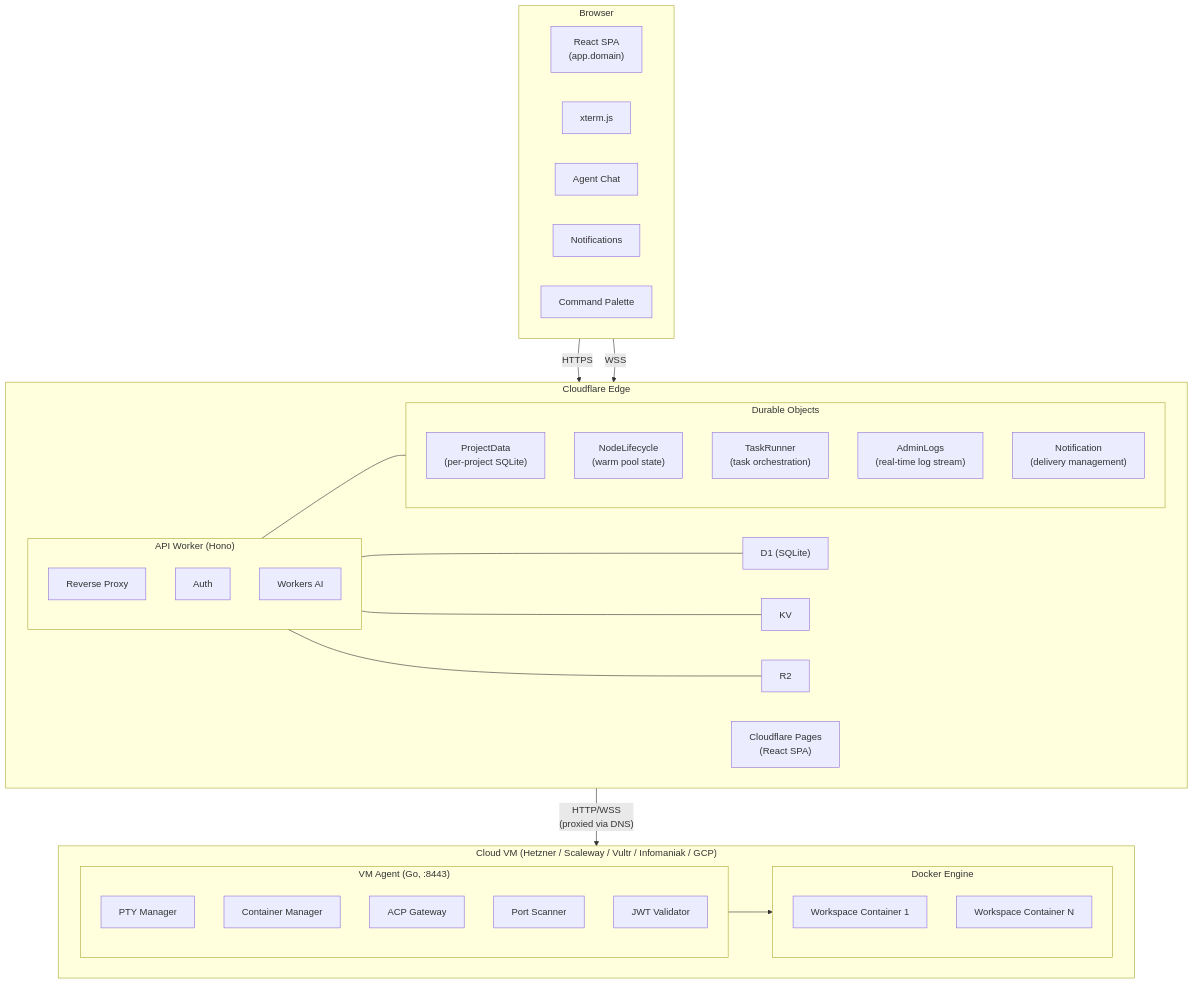
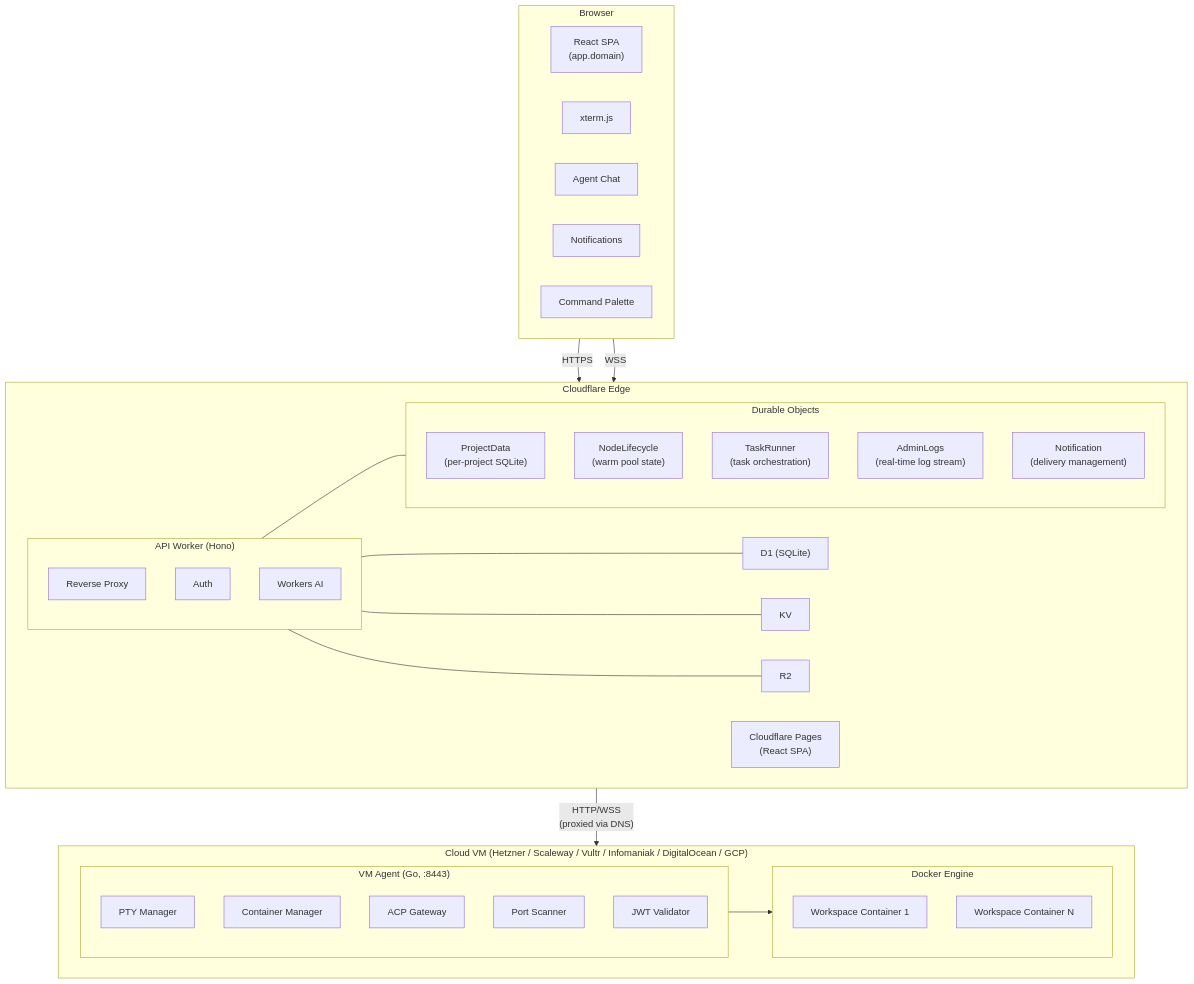
The first of 5 diagrams in apps/www/src/content/docs/docs/architecture/overview.md (raphaeltm/simple-agent-manager), drawn with Mermaid before and after one commit. The commit also changed other lines of this file and 37 other files, not shown here.

Commit message:
test: complete DigitalOcean provider coverage and docs

````diff
--- a/apps/www/src/content/docs/docs/architecture/overview.md
+++ b/apps/www/src/content/docs/docs/architecture/overview.md
@@ -12,52 +12,52 @@
 ```mermaid
 graph TD
     subgraph Browser
         SPA["React SPA<br/>(app.domain)"]
         XTERM["xterm.js"]
         CHAT["Agent Chat"]
         NOTIF["Notifications"]
         CMDK["Command Palette"]
     end
 
     subgraph CF["Cloudflare Edge"]
         subgraph Worker["API Worker (Hono)"]
             PROXY["Reverse Proxy"]
             AUTH["Auth"]
             AI["Workers AI"]
         end
         D1["D1 (SQLite)"]
         KV["KV"]
         R2["R2"]
         PAGES["Cloudflare Pages<br/>(React SPA)"]
         subgraph DOs["Durable Objects"]
             PD["ProjectData<br/>(per-project SQLite)"]
             NL["NodeLifecycle<br/>(warm pool state)"]
             TR["TaskRunner<br/>(task orchestration)"]
             AL["AdminLogs<br/>(real-time log stream)"]
             NO["Notification<br/>(delivery management)"]
         end
         Worker --- D1
         Worker --- KV
         Worker --- R2
         Worker --- DOs
     end
 
-    subgraph VM["Cloud VM (Hetzner / Scaleway / Vultr / Infomaniak / GCP)"]
+    subgraph VM["Cloud VM (Hetzner / Scaleway / Vultr / Infomaniak / DigitalOcean / GCP)"]
         subgraph AGENT["VM Agent (Go, :8443)"]
             PTY["PTY Manager"]
             CM["Container Manager"]
             ACP["ACP Gateway"]
             PS["Port Scanner"]
             JWT["JWT Validator"]
         end
         subgraph DOCKER["Docker Engine"]
             WS1["Workspace Container 1"]
             WSN["Workspace Container N"]
         end
         AGENT --> DOCKER
     end
 
     Browser -- "HTTPS" --> CF
     Browser -- "WSS" --> CF
     CF -- "HTTP/WSS<br/>(proxied via DNS)" --> VM
 ```
````
